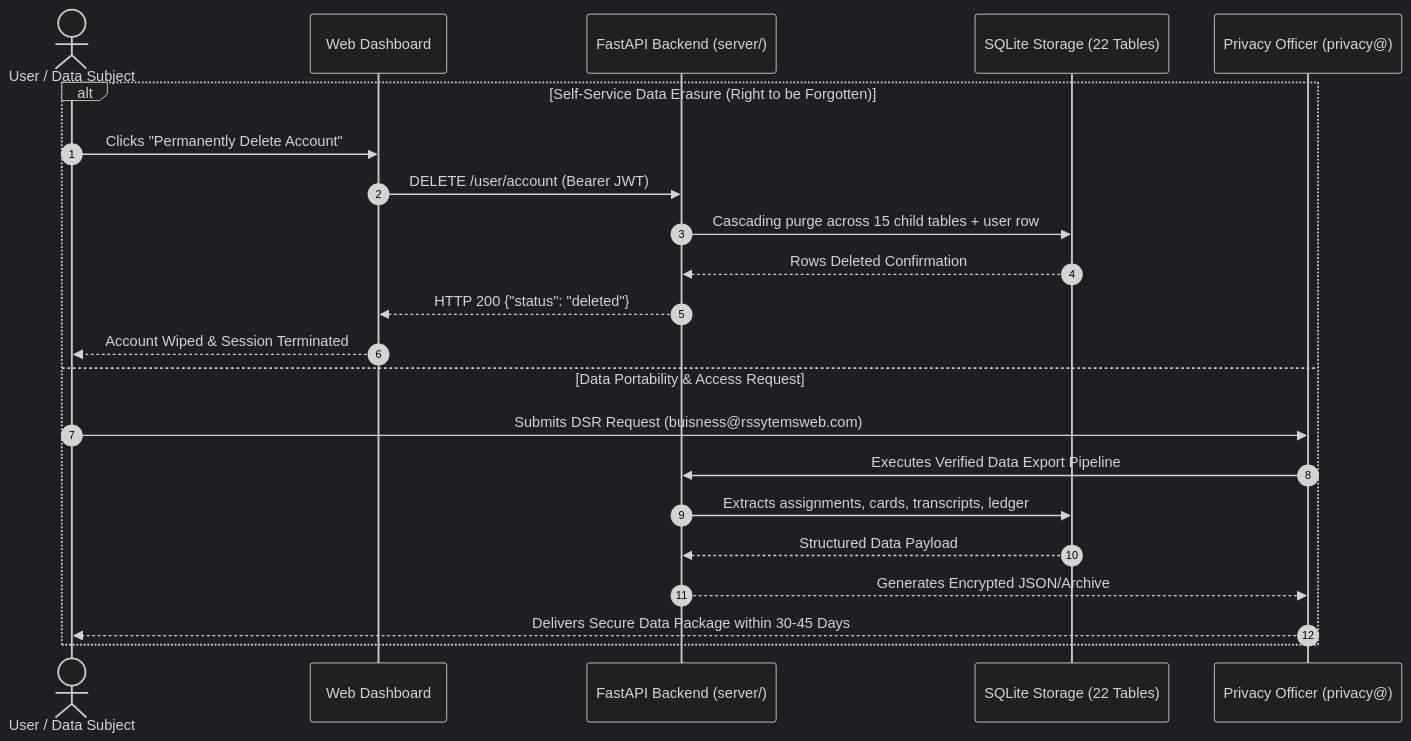
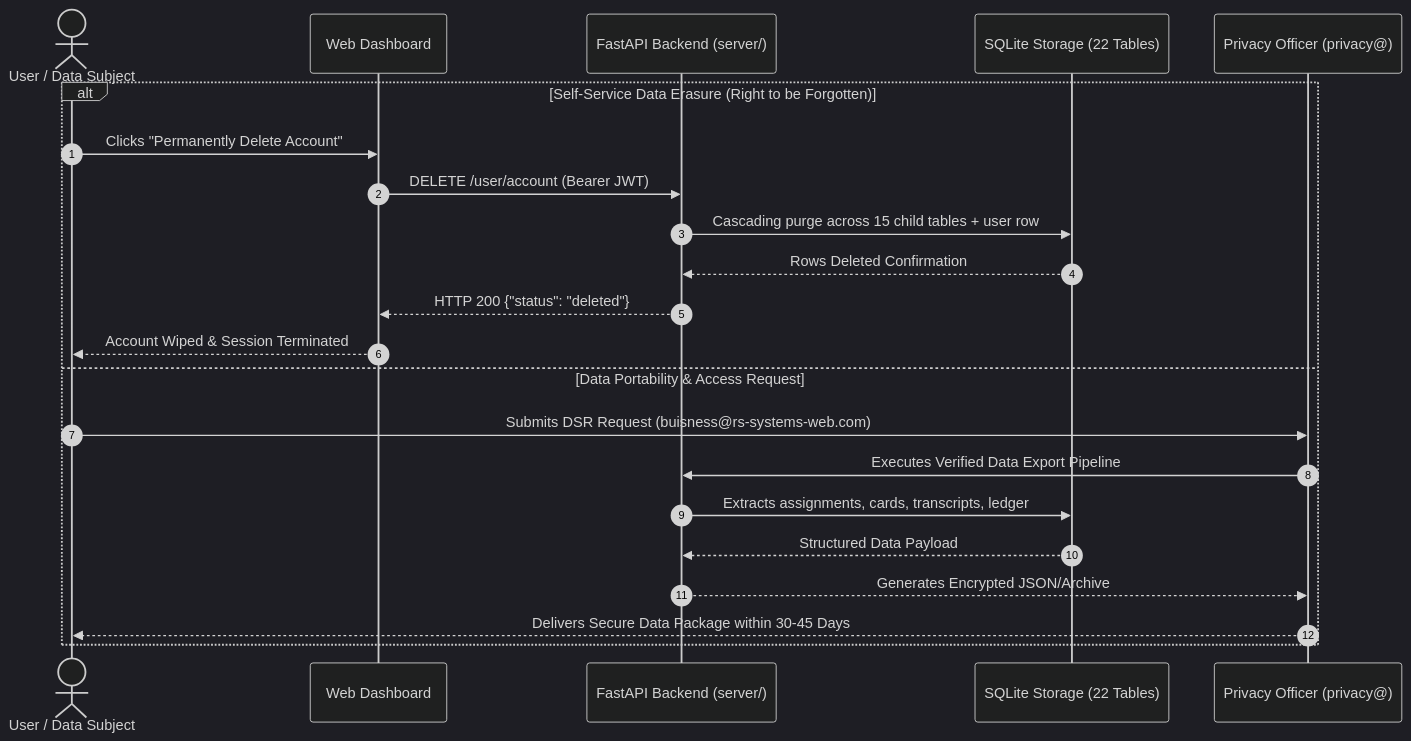
The second of 2 diagrams in docs/archive/PRIVACY_POLICY_stale_2026-08-31.md (ronisaguey-ux/Helpotron), drawn with Mermaid (dark theme) before and after one commit. The commit also changed other lines of this file, not shown here.

````diff
--- a/docs/archive/PRIVACY_POLICY_stale_2026-08-31.md
+++ b/docs/archive/PRIVACY_POLICY_stale_2026-08-31.md
@@ -196,25 +196,25 @@
 ```mermaid
 sequenceDiagram
     autonumber
     actor User as User / Data Subject
     participant Web as Web Dashboard
     participant API as FastAPI Backend (server/)
     participant DB as SQLite Storage (22 Tables)
     participant DPO as Privacy Officer (privacy@)
 
     alt Self-Service Data Erasure (Right to be Forgotten)
         User->>Web: Clicks "Permanently Delete Account"
         Web->>API: DELETE /user/account (Bearer JWT)
         API->>DB: Cascading purge across 15 child tables + user row
         DB-->>API: Rows Deleted Confirmation
         API-->>Web: HTTP 200 {"status": "deleted"}
         Web-->>User: Account Wiped & Session Terminated
     else Data Portability & Access Request
-        User->>DPO: Submits DSR Request (buisness@rssytemsweb.com)
+        User->>DPO: Submits DSR Request (buisness@rs-systems-web.com)
         DPO->>API: Executes Verified Data Export Pipeline
         API->>DB: Extracts assignments, cards, transcripts, ledger
         DB-->>API: Structured Data Payload
         API-->>DPO: Generates Encrypted JSON/Archive
         DPO-->>User: Delivers Secure Data Package within 30-45 Days
     end
 ```
````
